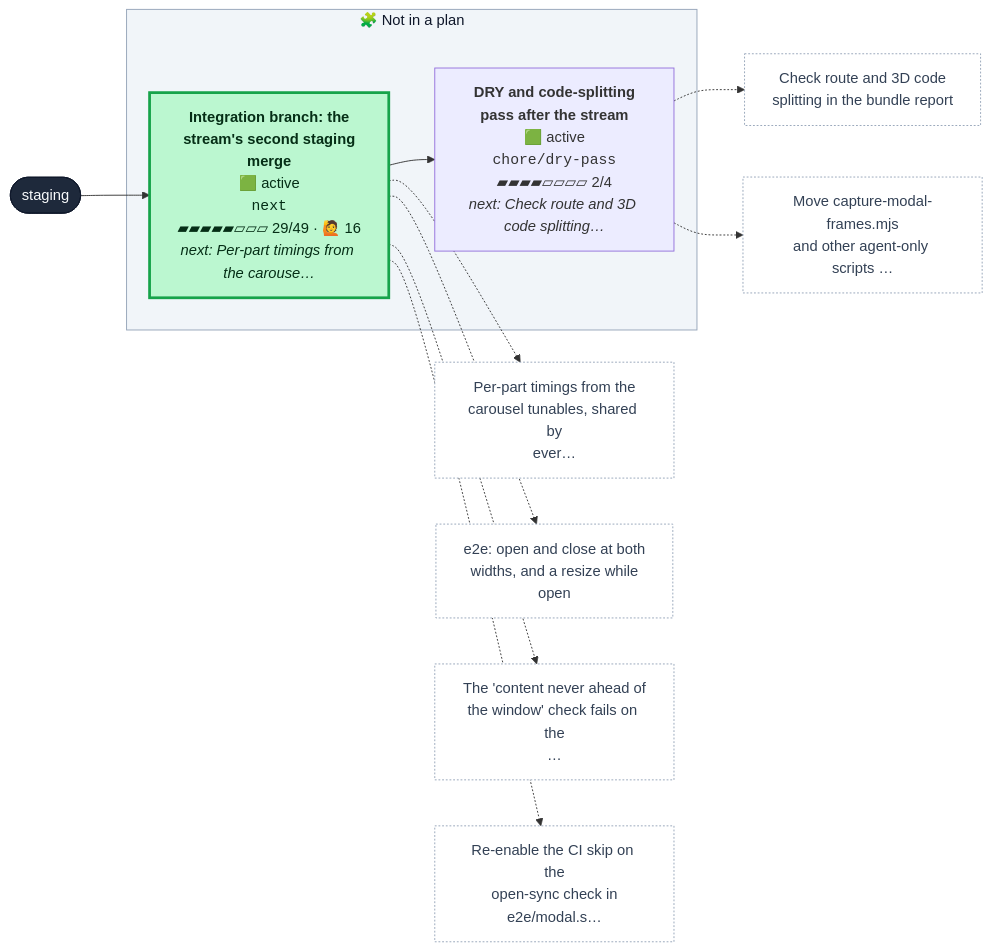
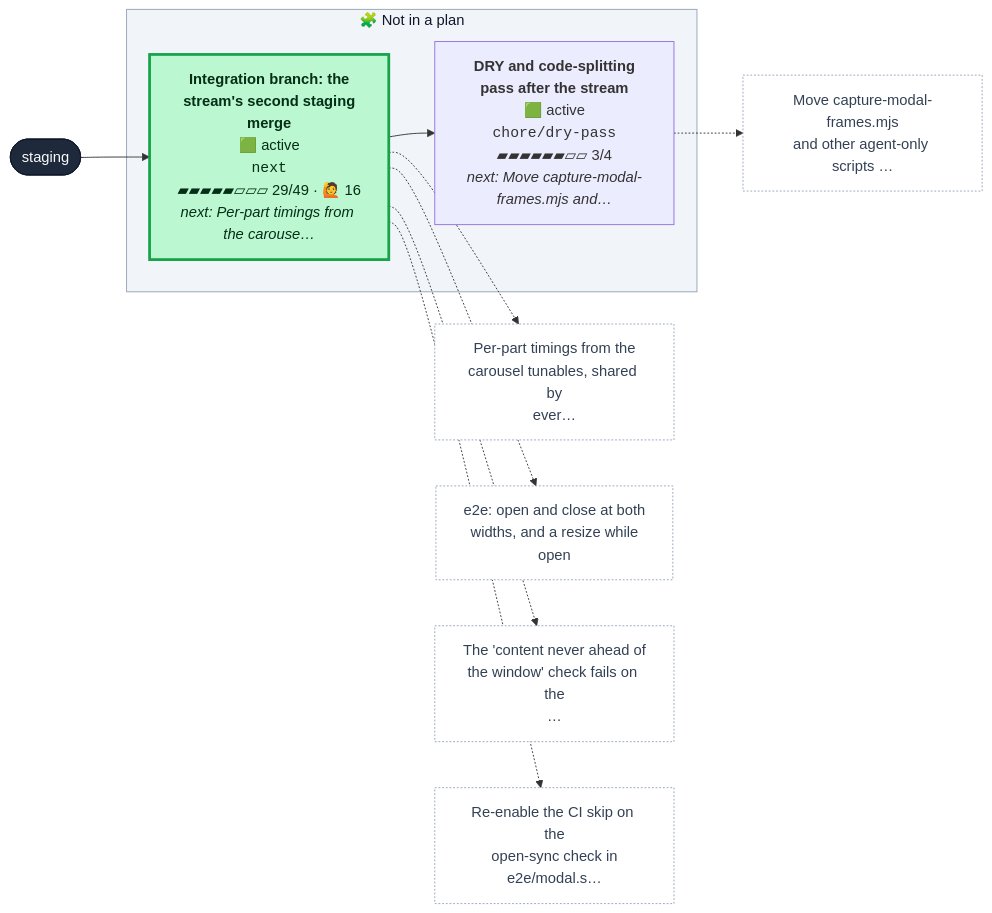
One commit to henryjonescodes/portfolio changed the first of 2 diagrams in CONTRIBUTING.md. Above: the diagram before and after it, drawn with Mermaid. The commit also changed other lines of this file, not shown here.

````diff
--- a/CONTRIBUTING.md
+++ b/CONTRIBUTING.md
@@ -16,41 +16,38 @@
 ```mermaid
 flowchart LR
   n_staging([staging])
   class n_staging trunk
   subgraph loose["🧩 Not in a plan"]
-    n_chore_dry_pass["<b>DRY and code-splitting<br/>pass after the stream</b><br/>🟩 active<br/><code>chore/dry-pass</code><br/>▰▰▰▰▱▱▱▱ 2/4<br/><i>next: Check route and 3D code splitting…</i>"]
+    n_chore_dry_pass["<b>DRY and code-splitting<br/>pass after the stream</b><br/>🟩 active<br/><code>chore/dry-pass</code><br/>▰▰▰▰▰▰▱▱ 3/4<br/><i>next: Move capture-modal-frames.mjs and…</i>"]
     class n_chore_dry_pass active,current
     n_next["<b>Integration branch: the<br/>stream's second staging<br/>merge</b><br/>🟩 active<br/><code>next</code><br/>▰▰▰▰▰▱▱▱ 29/49 · 🙋 16<br/><i>next: Per-part timings from the carouse…</i>"]
     class n_next active
   end
   style loose fill:#f1f5f9,stroke:#94a3b8,color:#0f172a
   n_next --> n_chore_dry_pass
   n_staging --> n_next
-  n_chore_dry_pass_t0["Check route and 3D code<br/>splitting in the bundle report"]
+  n_chore_dry_pass_t0["Move capture-modal-frames.mjs<br/>and other agent-only scripts …"]
   class n_chore_dry_pass_t0 todo
   n_chore_dry_pass -.-> n_chore_dry_pass_t0
-  n_chore_dry_pass_t1["Move capture-modal-frames.mjs<br/>and other agent-only scripts …"]
-  class n_chore_dry_pass_t1 todo
-  n_chore_dry_pass -.-> n_chore_dry_pass_t1
   n_next_t0["Per-part timings from the<br/>carousel tunables, shared by<br/>ever…"]
   class n_next_t0 todo
   n_next -.-> n_next_t0
   n_next_t1["e2e: open and close at both<br/>widths, and a resize while<br/>open"]
   class n_next_t1 todo
   n_next -.-> n_next_t1
   n_next_t2["The 'content never ahead of<br/>the window' check fails on the<br/>…"]
   class n_next_t2 todo
   n_next -.-> n_next_t2
   n_next_t3["Re-enable the CI skip on the<br/>open-sync check in<br/>e2e/modal.s…"]
   class n_next_t3 todo
   n_next -.-> n_next_t3
   classDef merged fill:#dcfce7,stroke:#16a34a,color:#052e16
   classDef todo fill:#ffffff,stroke:#94a3b8,stroke-dasharray:2 2,color:#334155
   classDef planned fill:#c7d2fe,stroke:#4f46e5,color:#1e1b4b
   classDef sketched fill:#f8fafc,stroke:#64748b,stroke-dasharray:4 3,color:#334155
   classDef active fill:#bbf7d0,stroke:#16a34a,stroke-width:3px,color:#052e16
   classDef review fill:#fde68a,stroke:#d97706,stroke-width:3px,color:#451a03
   classDef blocked fill:#fecaca,stroke:#dc2626,stroke-width:3px,color:#450a0a
   classDef trunk fill:#1e293b,stroke:#0f172a,color:#f8fafc
   classDef current stroke:#0ea5e9,stroke-width:5px
 ```
````
